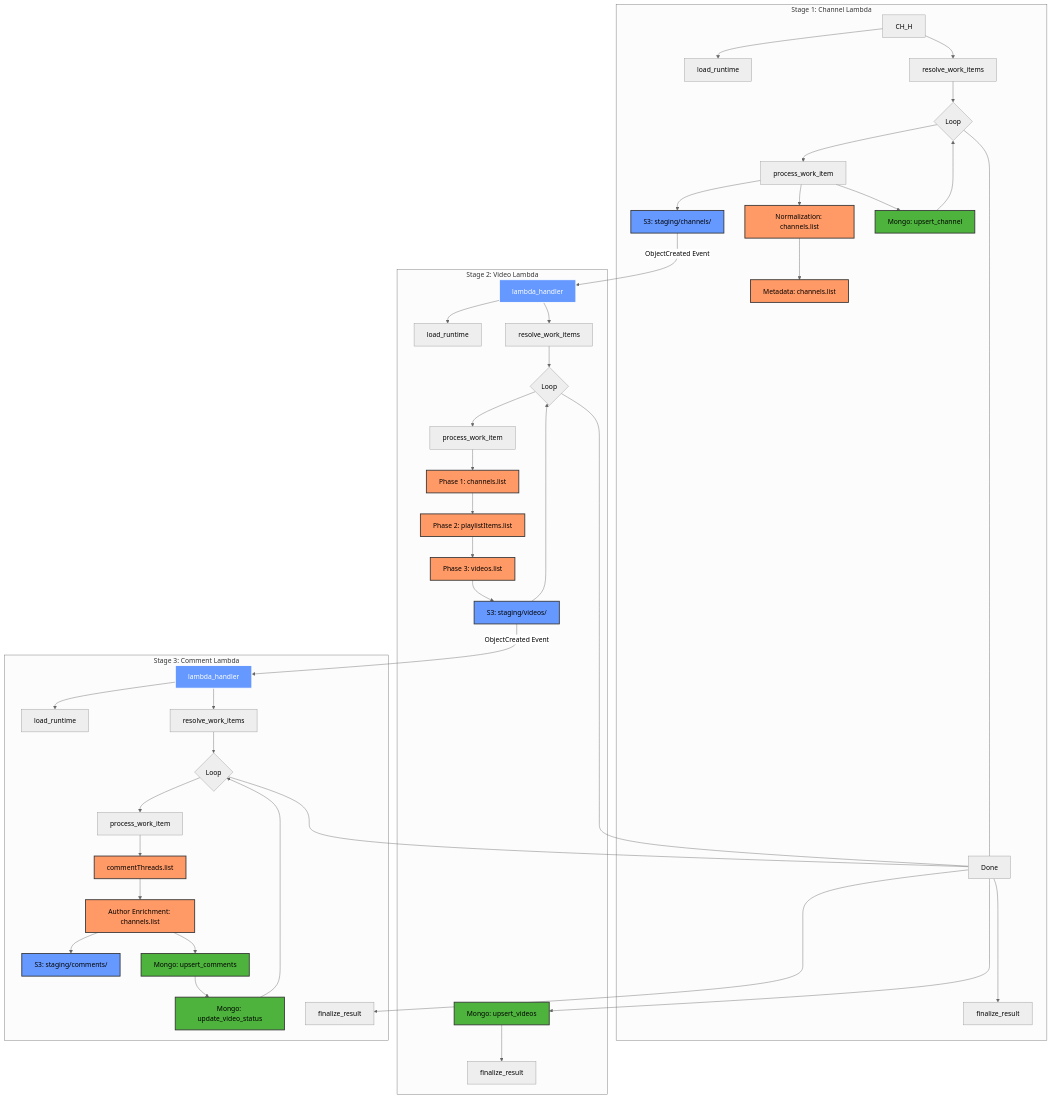
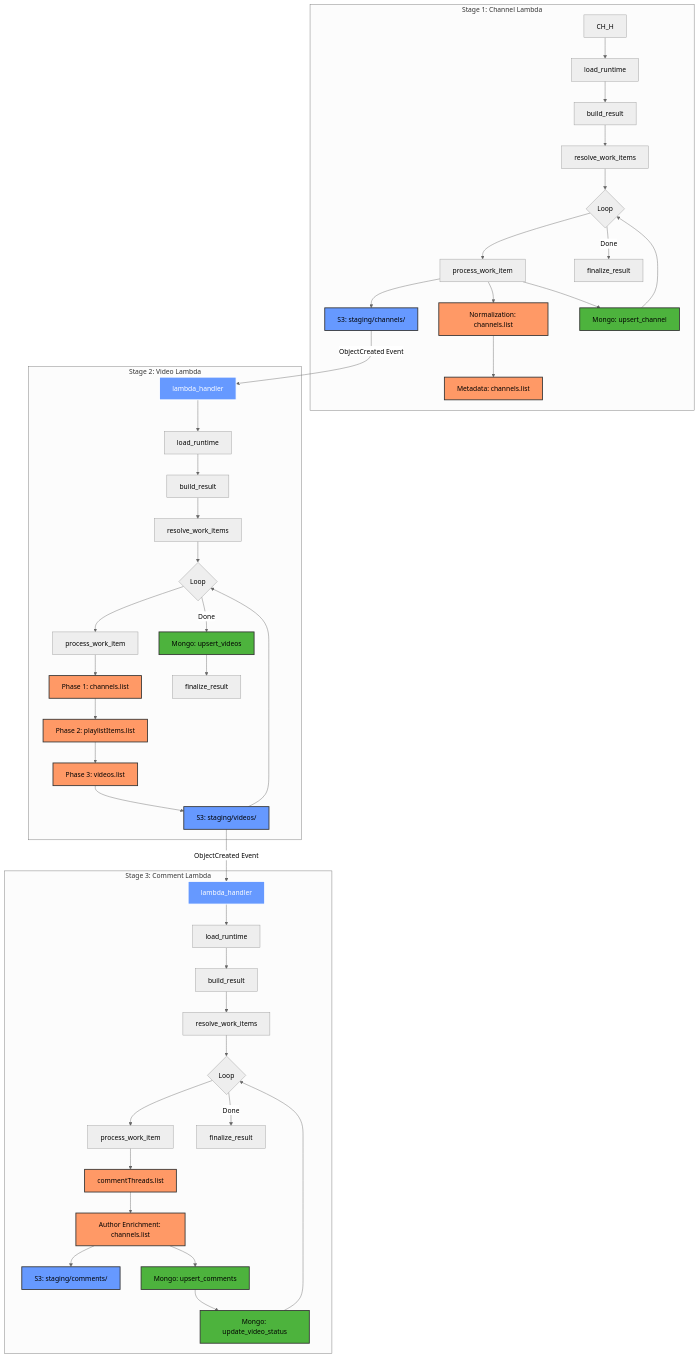
The third of 3 diagrams in README.md (kaushalkrishna2000/youtube-bot-analytics), drawn with Mermaid (neutral theme) before and after one commit. The commit also changed 20 other files, not shown here.

Commit message:
Update READMEs and code comments to reflect updated flowcharts, execution flow, and revised `build_result` logic across all Lambda components.

````diff
--- a/README.md
+++ b/README.md
@@ -187,63 +187,66 @@
 ```mermaid
 graph TD
     %% Global Styling
     classDef trigger fill:#f9f,stroke:#333,stroke-width:2px;
     classDef lambda fill:#69f,stroke:#fff,stroke-width:2px,color:#fff;
     classDef service fill:#eee,stroke:#999,stroke-dasharray: 5 5;
 
     %% --- Channel Lambda ---
     subgraph "Stage 1: Channel Lambda"
         CH_H --> CH_LR[load_runtime]
-        CH_H --> CH_RWI[resolve_work_items]
+        CH_LR --> CH_BR[build_result]
+        CH_BR --> CH_RWI[resolve_work_items]
         CH_RWI --> CH_Loop{Loop}
         CH_Loop --> CH_PWI[process_work_item]
         CH_PWI --> CH_Norm[Normalization: channels.list]:::youtube
         CH_Norm --> CH_Meta[Metadata: channels.list]:::youtube
         CH_PWI --> S3_C[S3: staging/channels/]:::s3
         CH_PWI --> MG1[Mongo: upsert_channel]:::mongodb
         MG1 --> CH_Loop
         
         %% Termination path at the bottom
-        CH_Loop ---- Done ----> CH_FR[finalize_result]
+        CH_Loop -->|Done| CH_FR[finalize_result]
     end
 
     %% --- Video Lambda ---
     S3_C -- "ObjectCreated Event" --> VL_H[lambda_handler]:::lambda
     subgraph "Stage 2: Video Lambda"
         VL_H --> VL_LR[load_runtime]
-        VL_H --> VL_RWI[resolve_work_items]
+        VL_LR --> VL_BR[build_result]
+        VL_BR --> VL_RWI[resolve_work_items]
         VL_RWI --> VL_Loop{Loop}
         VL_Loop --> VL_PWI[process_work_item]
         VL_PWI --> VL_P1[Phase 1: channels.list]:::youtube
         VL_P1 --> VL_P2[Phase 2: playlistItems.list]:::youtube
         VL_P2 --> VL_P3[Phase 3: videos.list]:::youtube
         VL_P3 --> S3_V[S3: staging/videos/]:::s3
         S3_V --> VL_Loop
         
         %% Termination path at the bottom
-        VL_Loop ---- Done ----> MG2[Mongo: upsert_videos]:::mongodb
+        VL_Loop -->|Done| MG2[Mongo: upsert_videos]:::mongodb
         MG2 --> VL_FR[finalize_result]
     end
 
     %% --- Comment Lambda ---
     S3_V -- "ObjectCreated Event" --> CoL_H[lambda_handler]:::lambda
     subgraph "Stage 3: Comment Lambda"
         CoL_H --> CoL_LR[load_runtime]
-        CoL_H --> CoL_RWI[resolve_work_items]
+        CoL_LR --> CoL_BR[build_result]
+        CoL_BR --> CoL_RWI[resolve_work_items]
         CoL_RWI --> CoL_Loop{Loop}
         CoL_Loop --> CoL_PWI[process_work_item]
         CoL_PWI --> CoL_YT3[commentThreads.list]:::youtube
         CoL_YT3 --> CoL_AE[Author Enrichment: channels.list]:::youtube
         CoL_AE --> S3_Final[S3: staging/comments/]:::s3
         CoL_AE --> MG3[Mongo: upsert_comments]:::mongodb
         MG3 --> MG4[Mongo: update_video_status]:::mongodb
         MG4 --> CoL_Loop
         
         %% Termination path at the bottom
-        CoL_Loop ---- Done ----> CoL_FR[finalize_result]
+        CoL_Loop -->|Done| CoL_FR[finalize_result]
     end
 
     classDef youtube fill:#f96,stroke:#333,stroke-width:2px;
     classDef s3 fill:#69f,stroke:#333,stroke-width:2px;
     classDef mongodb fill:#4db33d,stroke:#333,stroke-width:2px;
 ```
````
